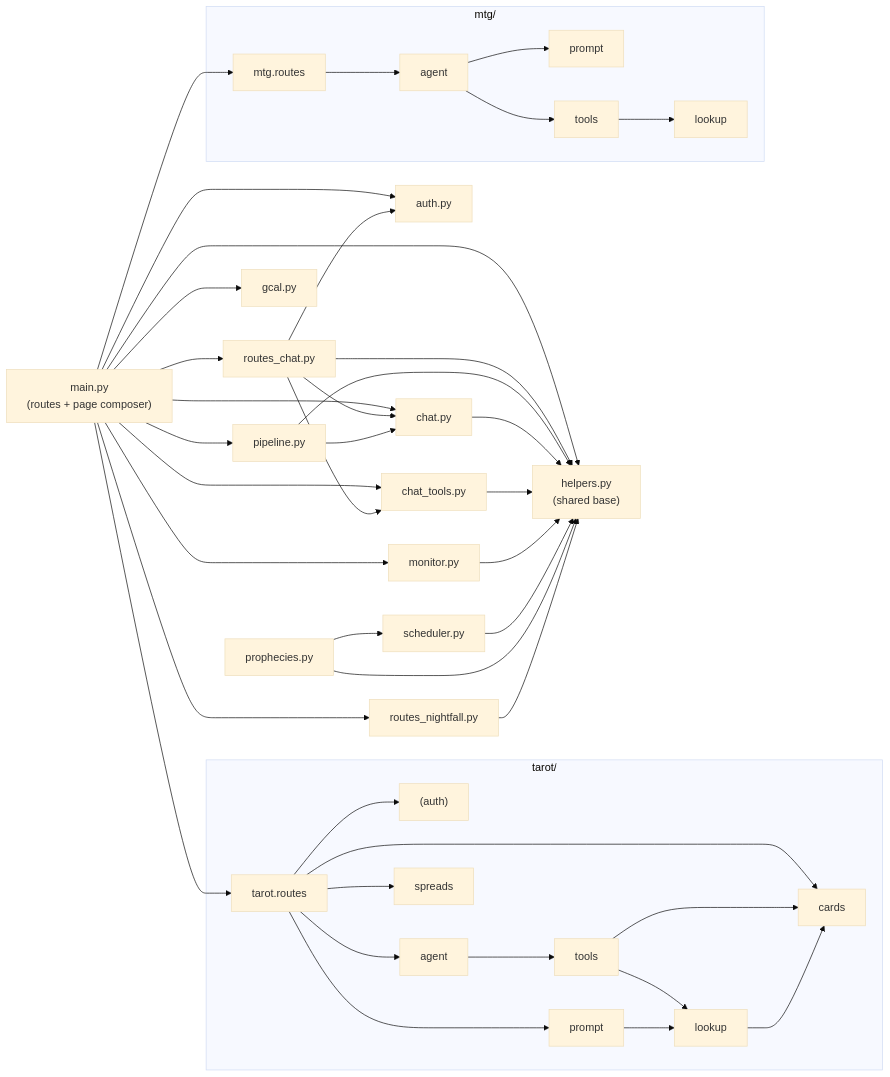
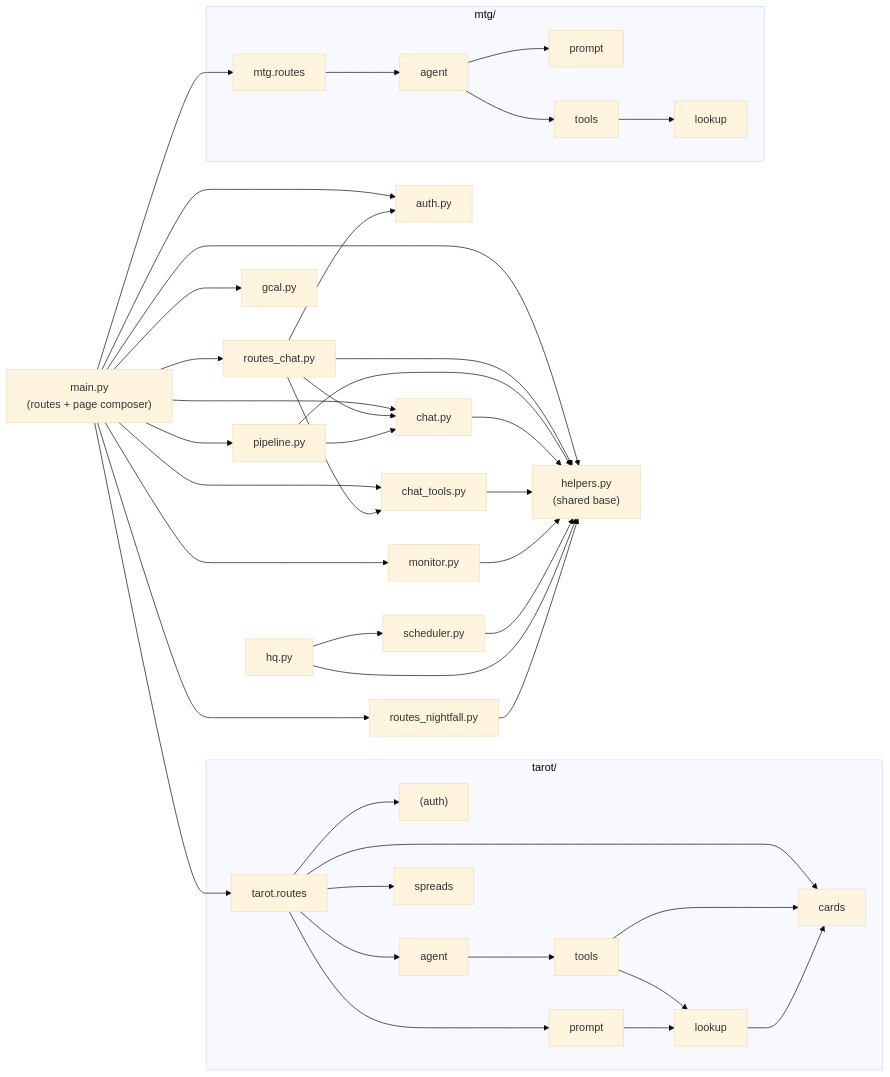
The second of 6 diagrams in ARCHITECTURE.md (wai-lau/exec-fn), drawn with Mermaid (base theme) before and after one commit. The commit also changed other lines of this file and 29 other files, not shown here.

````diff
--- a/ARCHITECTURE.md
+++ b/ARCHITECTURE.md
@@ -77,62 +77,62 @@
 ```mermaid
 flowchart LR
   main["main.py<br/>(routes + page composer)"]
   auth["auth.py"]
   helpers["helpers.py<br/>(shared base)"]
   pipeline["pipeline.py"]
   scheduler["scheduler.py"]
   monitor["monitor.py"]
-  prophecies["prophecies.py"]
+  hq["hq.py"]
   chat["chat.py"]
   chat_tools["chat_tools.py"]
   routes_chat["routes_chat.py"]
   routes_night["routes_nightfall.py"]
   gcal["gcal.py"]
 
   main --> pipeline
   main --> gcal
   main --> chat
   main --> chat_tools
   main --> helpers
   main --> routes_night
   main --> routes_chat
   main --> monitor
   main --> auth
   main --> mtgr["mtg.routes"]
   main --> tarr["tarot.routes"]
 
   routes_chat --> auth
   routes_chat --> chat
   routes_chat --> chat_tools
   routes_chat --> helpers
 
   pipeline --> helpers
   pipeline --> chat
   chat --> helpers
   chat_tools --> helpers
   monitor --> helpers
   scheduler --> helpers
-  prophecies --> helpers
-  prophecies --> scheduler
+  hq --> helpers
+  hq --> scheduler
   routes_night --> helpers
 
   subgraph tarot["tarot/"]
     tarr --> tauth["(auth)"]
     tarr --> tag["agent"]
     tarr --> tcards["cards"]
     tarr --> tprompt["prompt"]
     tarr --> tspreads["spreads"]
     tag --> ttools["tools"]
     ttools --> tcards
     ttools --> tlookup["lookup"]
     tprompt --> tlookup
     tlookup --> tcards
   end
 
   subgraph mtg["mtg/"]
     mtgr --> mag["agent"]
     mag --> mprompt["prompt"]
     mag --> mtools["tools"]
     mtools --> mlookup["lookup"]
   end
 ```
````
